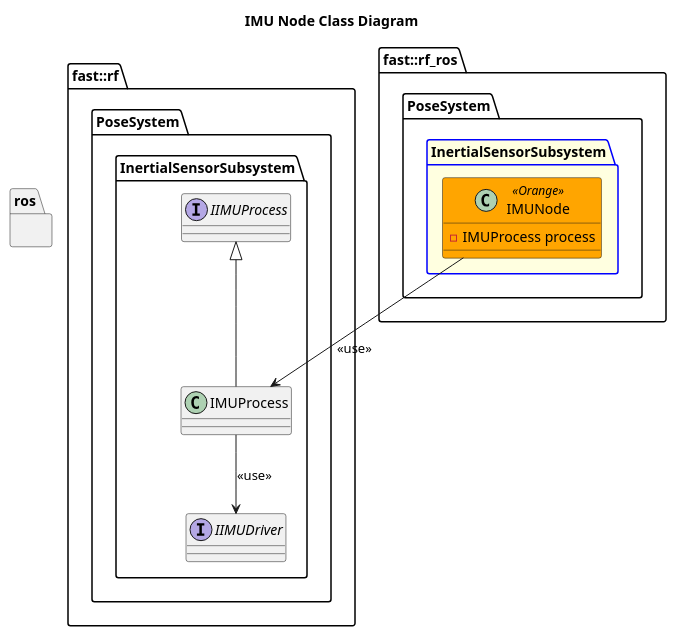
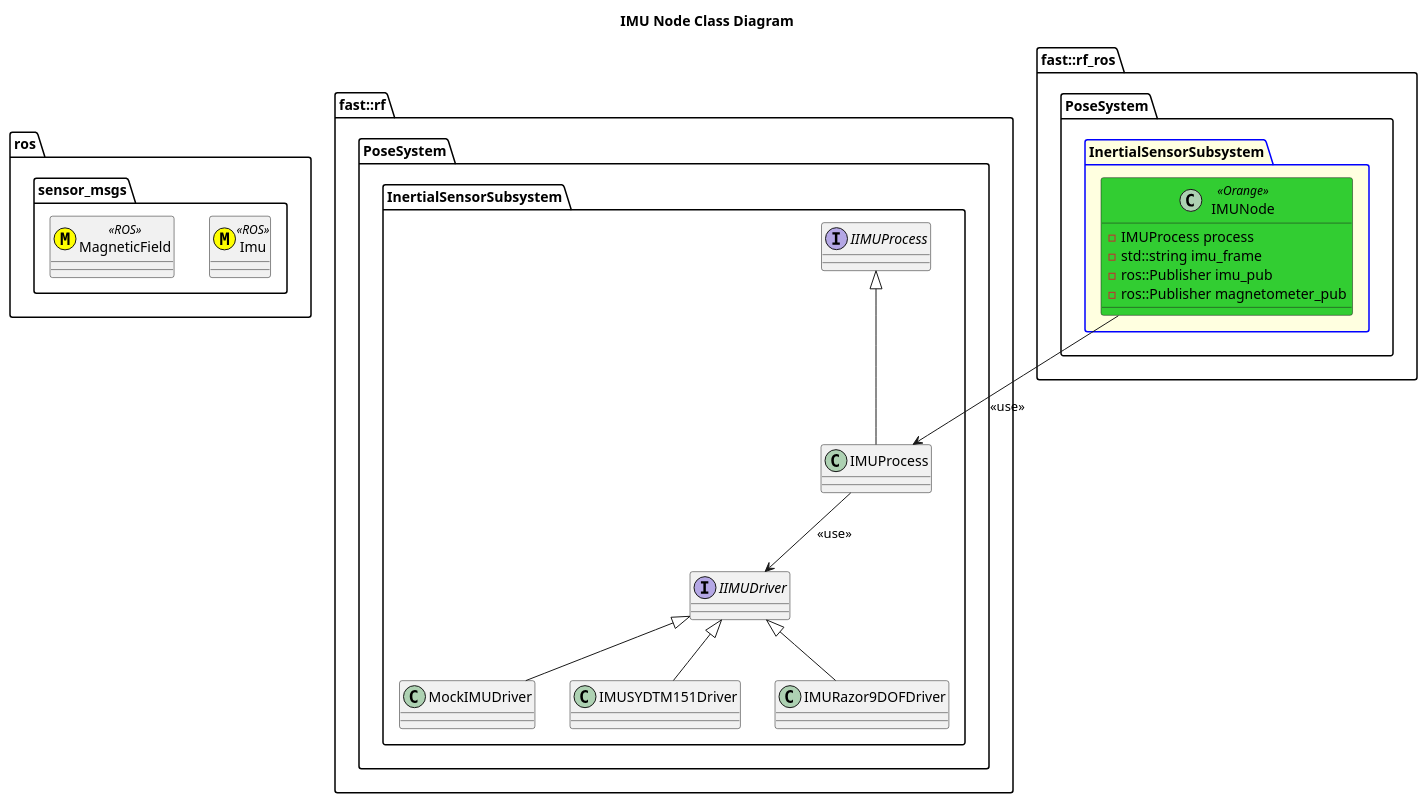
One commit to fastrobotics/robot_framework_ros changed the diagram in Systems/Pose/Subsystems/InertialSensor/Nodes/IMU/doc/puml/IMUNodeClassDiagram.puml. Above: the diagram before and after it, drawn with PlantUML. The commit also changed 1 other file, not shown here.

```diff
--- a/Systems/Pose/Subsystems/InertialSensor/Nodes/IMU/doc/puml/IMUNodeClassDiagram.puml
+++ b/Systems/Pose/Subsystems/InertialSensor/Nodes/IMU/doc/puml/IMUNodeClassDiagram.puml
@@ -1,27 +1,41 @@
 @startuml
 title IMU Node Class Diagram
 
 namespace ros {
+    namespace sensor_msgs {
+        class Imu <<(M,#FFFF00)>> <<ROS>>
+        class MagneticField <<(M,#FFFF00)>> <<ROS>>
+    }
 }
 namespace fast::rf {
     namespace PoseSystem {
         namespace InertialSensorSubsystem {
             interface IIMUProcess
             class IMUProcess
             IMUProcess -up-|> IIMUProcess
             interface IIMUDriver
             IMUProcess --> IIMUDriver: <<use>>
+            class MockIMUDriver
+            MockIMUDriver -up-|> IIMUDriver
+            class IMUSYDTM151Driver
+            IMUSYDTM151Driver -up-|> IIMUDriver
+            class IMURazor9DOFDriver
+            IMURazor9DOFDriver -up-|> IIMUDriver
+
         }
     }
 }
 namespace fast::rf_ros {
    namespace PoseSystem {
         package InertialSensorSubsystem #LightYellow;line:blue {
-            class IMUNode <<Orange>> #Orange {
+            class IMUNode <<Orange>> #LimeGreen {
                 -IMUProcess process
+                -std::string imu_frame
+                -ros::Publisher imu_pub
+                -ros::Publisher magnetometer_pub
             }
             IMUNode --> IMUProcess: <<use>>
         }
     }
 }
 @enduml
```
